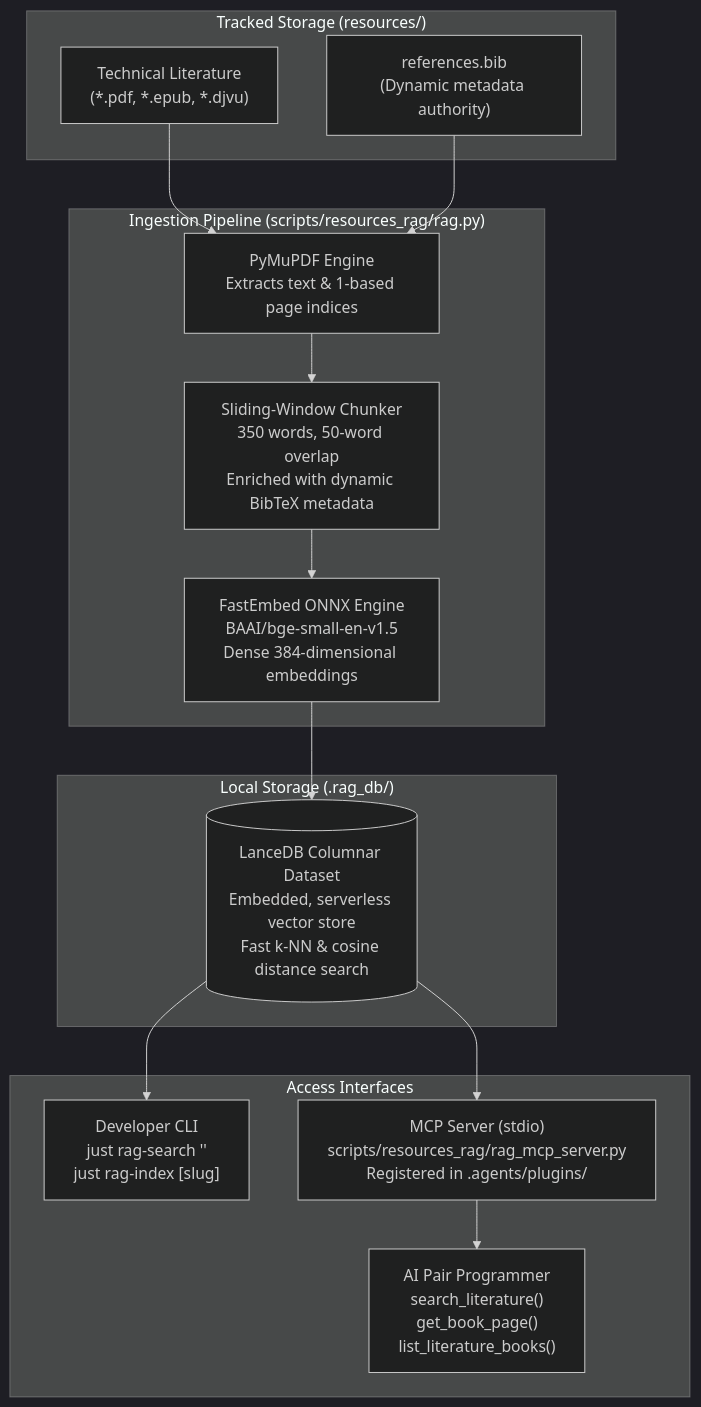
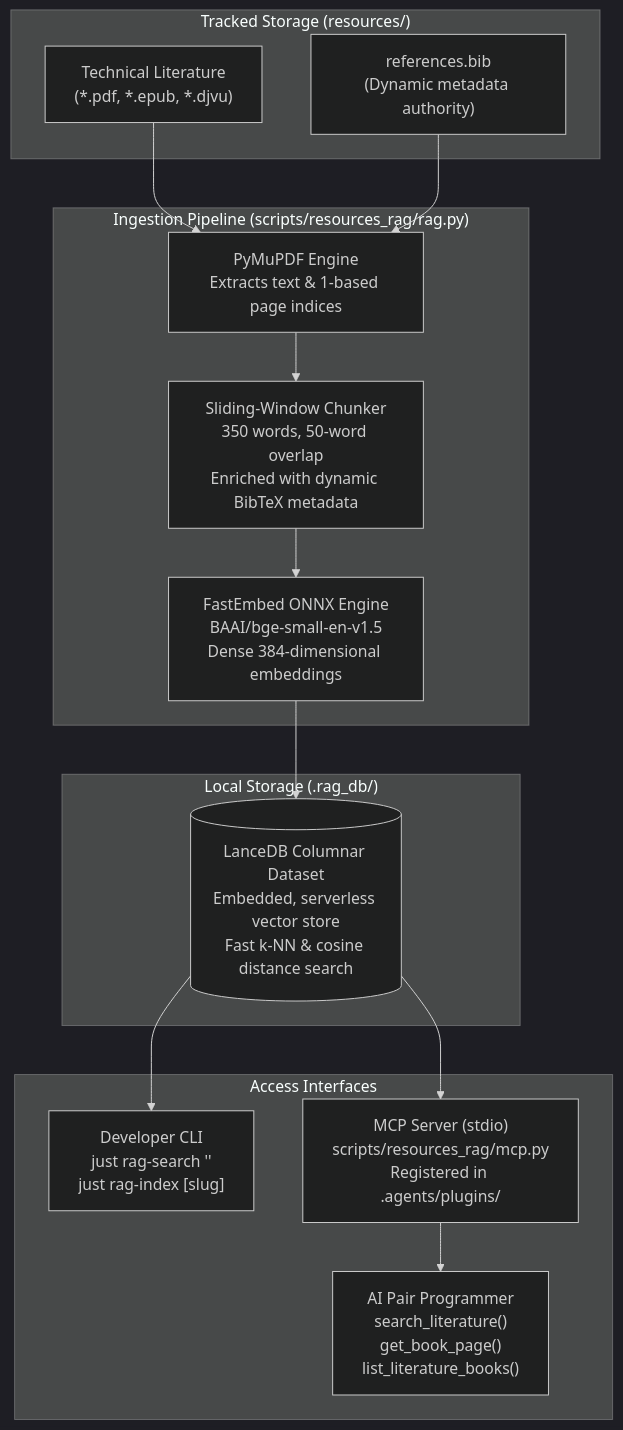
One commit to bwrob/trash-gather changed the diagram in resources/README.md. Above: the diagram before and after it, drawn with Mermaid (dark theme). The commit also changed other lines of this file and 4 other files, not shown here.

Commit message:
refactor(rag): adopt greenfield imports, rename mcp server to mcp.py, and document in AGENTS.md

````diff
--- a/resources/README.md
+++ b/resources/README.md
@@ -17,27 +17,27 @@
 ```mermaid
 flowchart TD
     subgraph Storage ["Tracked Storage (resources/)"]
         DOCS["Technical Literature\n(*.pdf, *.epub, *.djvu)"]
         BIB["references.bib\n(Dynamic metadata authority)"]
     end
 
     subgraph Ingestion ["Ingestion Pipeline (scripts/resources_rag/rag.py)"]
         PARSER["PyMuPDF Engine\nExtracts text & 1-based page indices"]
         CHUNKER["Sliding-Window Chunker\n350 words, 50-word overlap\nEnriched with dynamic BibTeX metadata"]
         EMBED["FastEmbed ONNX Engine\nBAAI/bge-small-en-v1.5\nDense 384-dimensional embeddings"]
     end
 
     subgraph VectorStore ["Local Storage (.rag_db/)"]
         LANCE[("LanceDB Columnar Dataset\nEmbedded, serverless vector store\nFast k-NN & cosine distance search")]
     end
 
     subgraph Interfaces ["Access Interfaces"]
         CLI["Developer CLI\njust rag-search '<query>'\njust rag-index [slug]"]
-        MCP["MCP Server (stdio)\nscripts/resources_rag/rag_mcp_server.py\nRegistered in .agents/plugins/"]
+        MCP["MCP Server (stdio)\nscripts/resources_rag/mcp.py\nRegistered in .agents/plugins/"]
         AGENT["AI Pair Programmer\nsearch_literature()\nget_book_page()\nlist_literature_books()"]
     end
 
     DOCS & BIB --> PARSER --> CHUNKER --> EMBED --> LANCE
     LANCE --> CLI
     LANCE --> MCP --> AGENT
 ```
````
